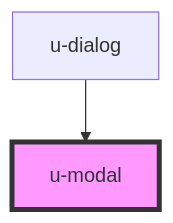
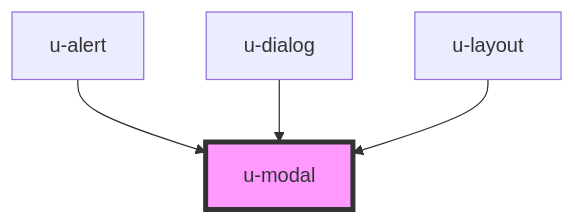
One commit to theUrbans/uniform changed the diagram in src/components/u-modal/readme.md. Above: the diagram before and after it, drawn with Mermaid. The commit also changed other lines of this file and 14 other files, not shown here.

````diff
--- a/src/components/u-modal/readme.md
+++ b/src/components/u-modal/readme.md
@@ -62,5 +64,7 @@
 ```mermaid
 graph TD;
+  u-alert --> u-modal
   u-dialog --> u-modal
+  u-layout --> u-modal
   style u-modal fill:#f9f,stroke:#333,stroke-width:4px
 ```
````
